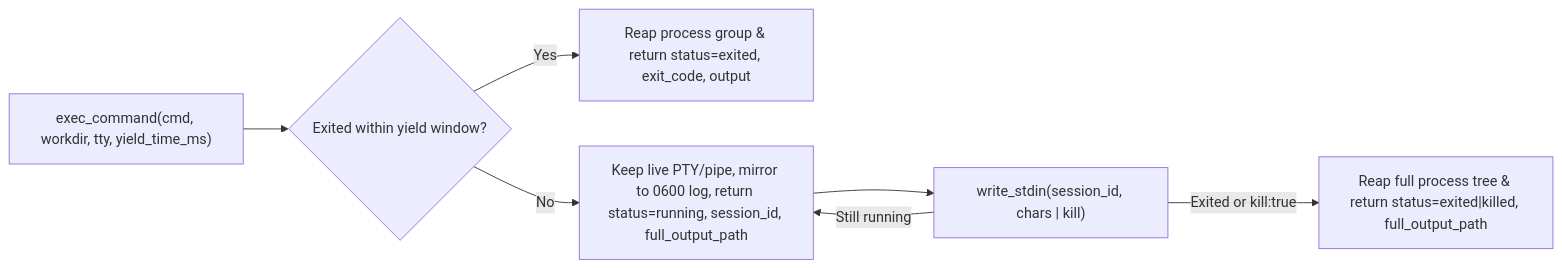
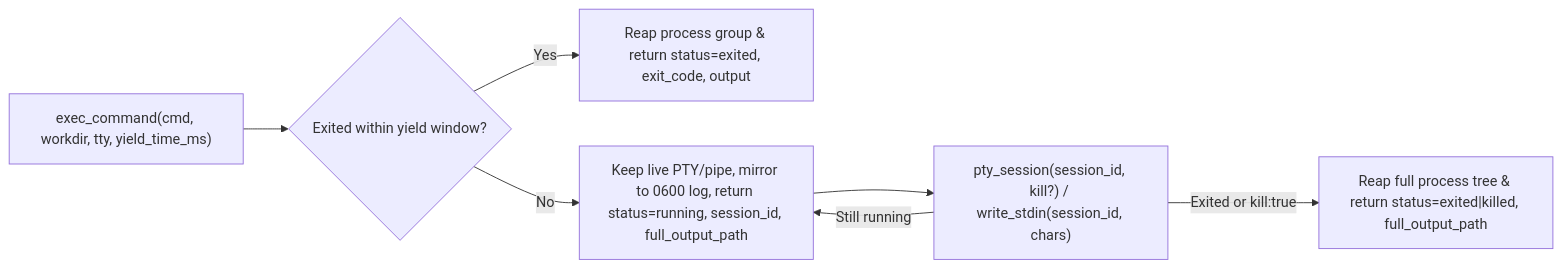
One commit to AkiR1n/pi-codex-exec changed the diagram in README.md. Above: the diagram before and after it, drawn with Mermaid. The commit also changed other lines of this file and 4 other files, not shown here.

First line of the commit message:
feat!: split pty_session out of write_stdin (1.3.0)

````diff
--- a/README.md
+++ b/README.md
@@ -20,9 +20,9 @@
 ```mermaid
 flowchart LR
     A["exec_command(cmd, workdir, tty, yield_time_ms)"] --> B{"Exited within yield window?"}
     B -- Yes --> C["Reap process group & return status=exited, exit_code, output"]
     B -- No --> D["Keep live PTY/pipe, mirror to 0600 log, return status=running, session_id, full_output_path"]
-    D --> E["write_stdin(session_id, chars | kill)"]
+    D --> E["pty_session(session_id, kill?) / write_stdin(session_id, chars)"]
     E -- "Still running" --> D
     E -- "Exited or kill:true" --> F["Reap full process tree & return status=exited|killed, full_output_path"]
 ```
````
